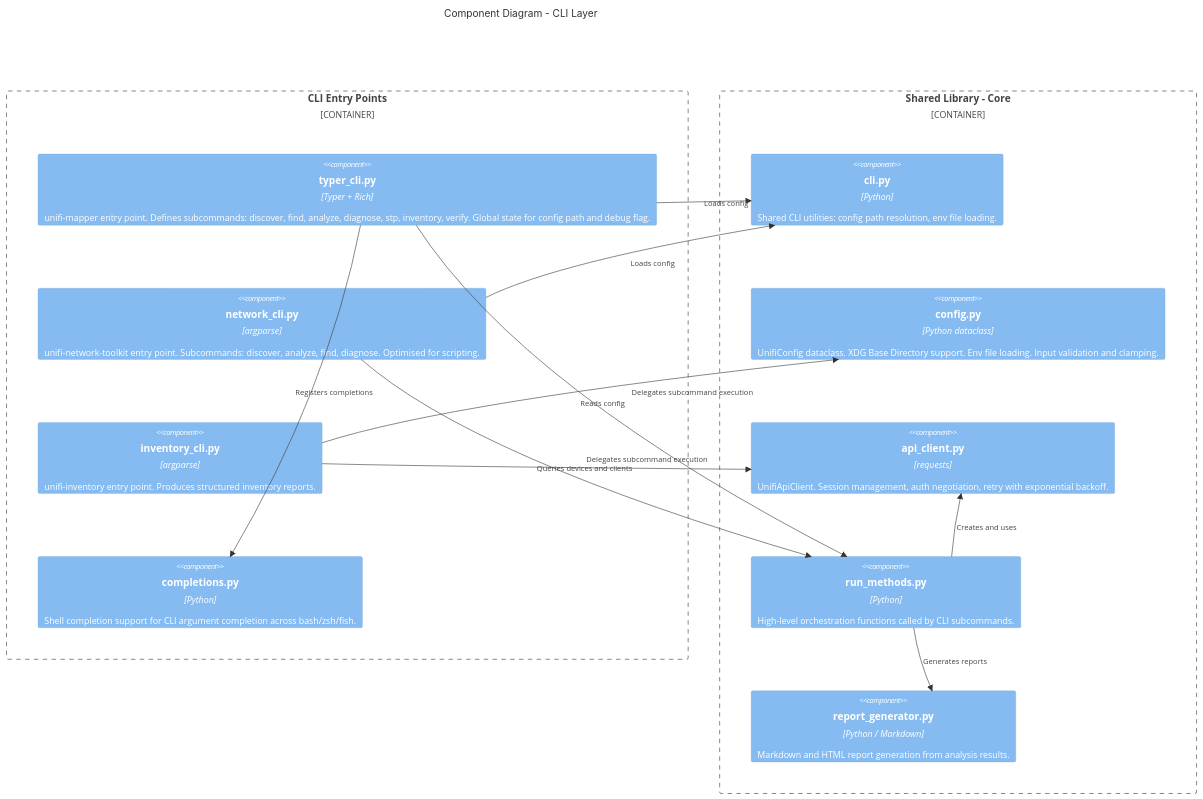
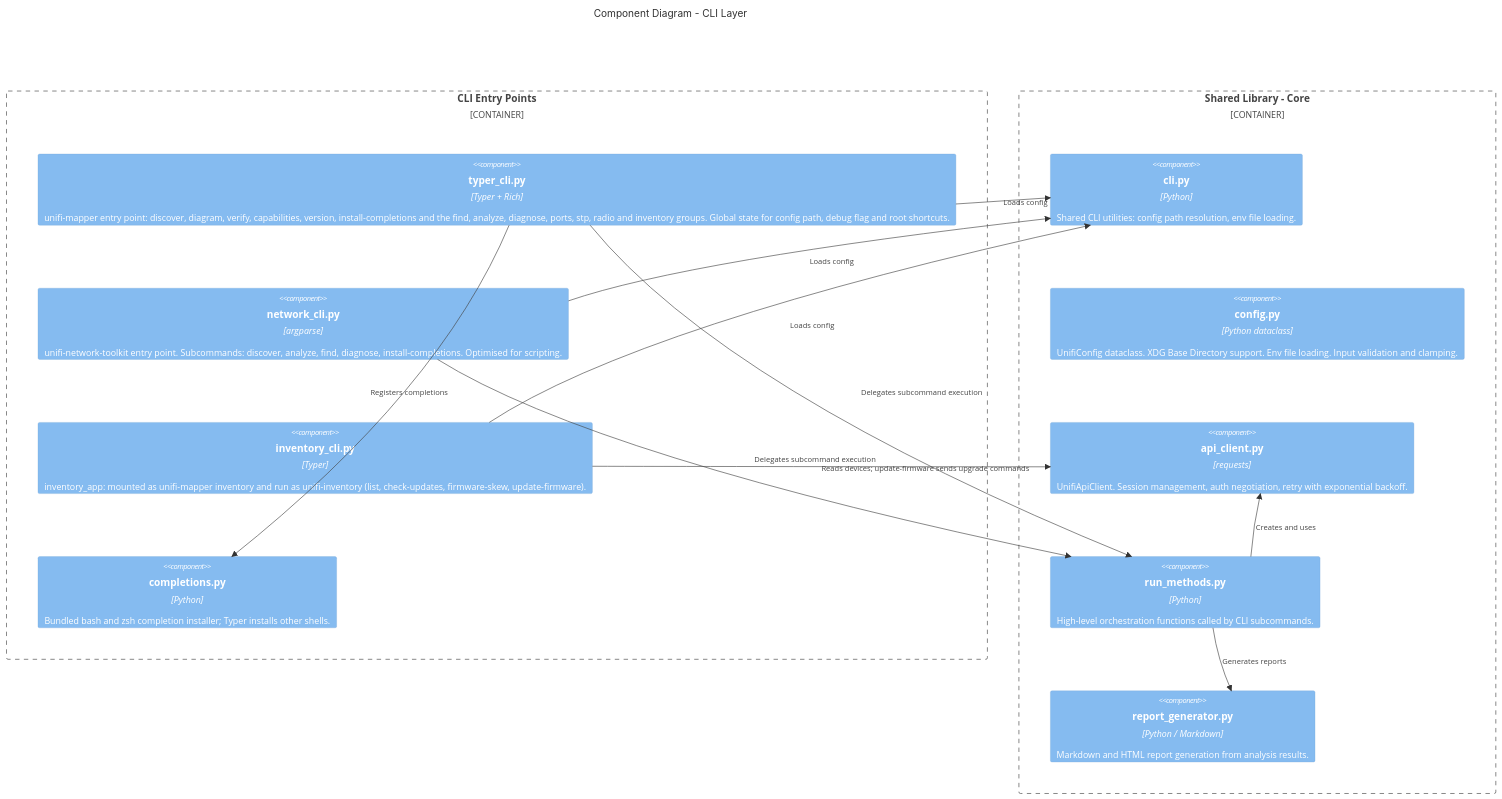
The fifth of 26 diagrams in docs/architecture/c4-architecture.md (NetDevAutomate/unifi_management_cli), drawn with Mermaid before and after one commit. The commit also changed other lines of this file and 2 other files, not shown here.

First line of the commit message:
docs(architecture): refresh the C4 and overview docs

````diff
--- a/docs/architecture/c4-architecture.md
+++ b/docs/architecture/c4-architecture.md
@@ -196,29 +196,29 @@
 ```mermaid
 C4Component
     title Component Diagram - CLI Layer
 
     Container_Boundary(cli_layer, "CLI Entry Points") {
-        Component(typer_cli, "typer_cli.py", "Typer + Rich", "unifi-mapper entry point. Defines subcommands: discover, find, analyze, diagnose, stp, inventory, verify. Global state for config path and debug flag.")
-        Component(network_cli, "network_cli.py", "argparse", "unifi-network-toolkit entry point. Subcommands: discover, analyze, find, diagnose. Optimised for scripting.")
-        Component(inventory_cli_comp, "inventory_cli.py", "argparse", "unifi-inventory entry point. Produces structured inventory reports.")
-        Component(completions, "completions.py", "Python", "Shell completion support for CLI argument completion across bash/zsh/fish.")
+        Component(typer_cli, "typer_cli.py", "Typer + Rich", "unifi-mapper entry point: discover, diagram, verify, capabilities, version, install-completions and the find, analyze, diagnose, ports, stp, radio and inventory groups. Global state for config path, debug flag and root shortcuts.")
+        Component(network_cli, "network_cli.py", "argparse", "unifi-network-toolkit entry point. Subcommands: discover, analyze, find, diagnose, install-completions. Optimised for scripting.")
+        Component(inventory_cli_comp, "inventory_cli.py", "Typer", "inventory_app: mounted as unifi-mapper inventory and run as unifi-inventory (list, check-updates, firmware-skew, update-firmware).")
+        Component(completions, "completions.py", "Python", "Bundled bash and zsh completion installer; Typer installs other shells.")
     }
 
     Container_Boundary(core_lib, "Shared Library - Core") {
         Component(cli_helpers, "cli.py", "Python", "Shared CLI utilities: config path resolution, env file loading.")
         Component(config_comp, "config.py", "Python dataclass", "UnifiConfig dataclass. XDG Base Directory support. Env file loading. Input validation and clamping.")
         Component(api_client_comp, "api_client.py", "requests", "UnifiApiClient. Session management, auth negotiation, retry with exponential backoff.")
         Component(run_methods, "run_methods.py", "Python", "High-level orchestration functions called by CLI subcommands.")
         Component(report_gen, "report_generator.py", "Python / Markdown", "Markdown and HTML report generation from analysis results.")
     }
 
     Rel(typer_cli, cli_helpers, "Loads config")
     Rel(typer_cli, run_methods, "Delegates subcommand execution")
     Rel(network_cli, cli_helpers, "Loads config")
     Rel(network_cli, run_methods, "Delegates subcommand execution")
-    Rel(inventory_cli_comp, config_comp, "Reads config")
-    Rel(inventory_cli_comp, api_client_comp, "Queries devices and clients")
+    Rel(inventory_cli_comp, cli_helpers, "Loads config")
+    Rel(inventory_cli_comp, api_client_comp, "Reads devices; update-firmware sends upgrade commands")
     Rel(run_methods, api_client_comp, "Creates and uses")
     Rel(run_methods, report_gen, "Generates reports")
     Rel(typer_cli, completions, "Registers completions")
 ```
````
